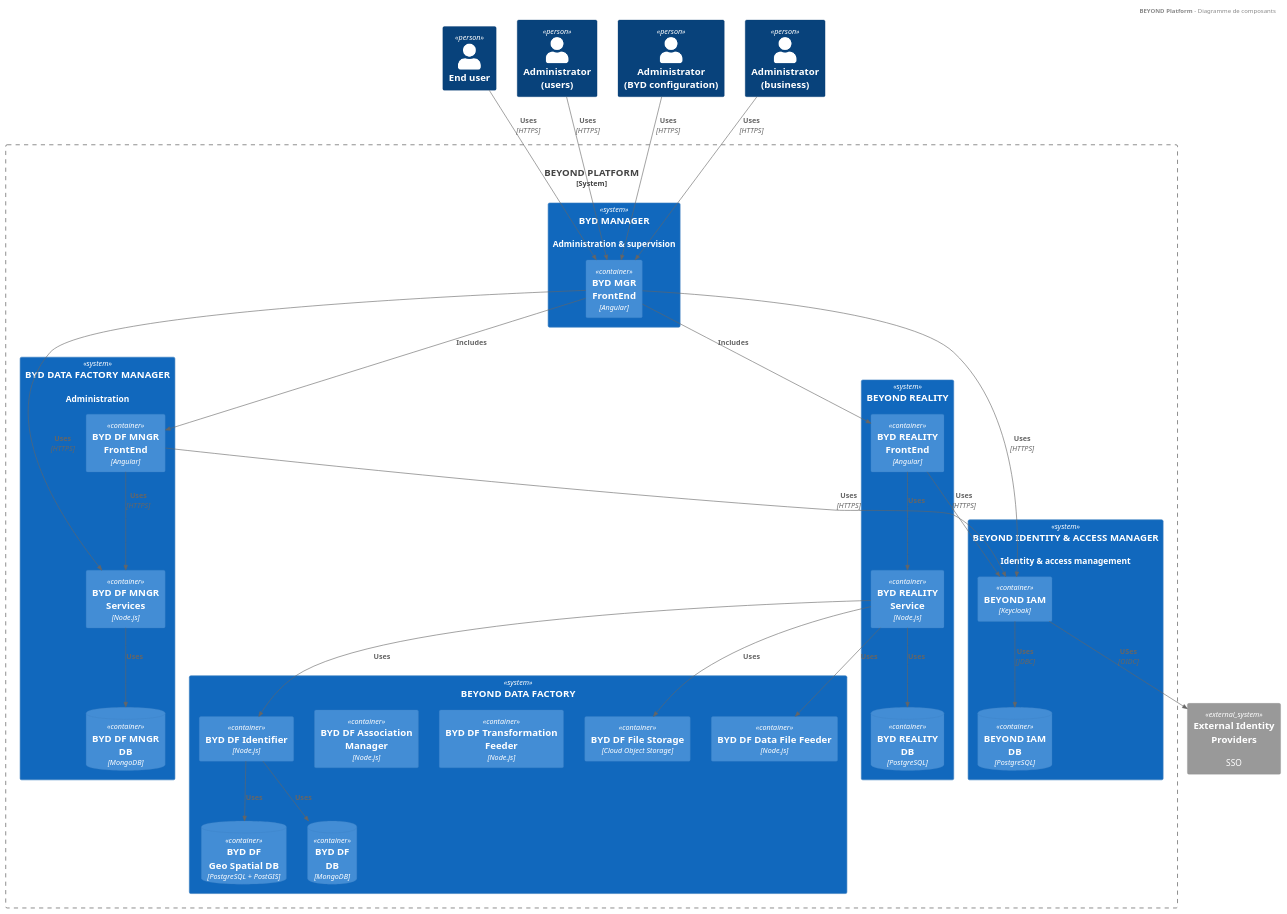
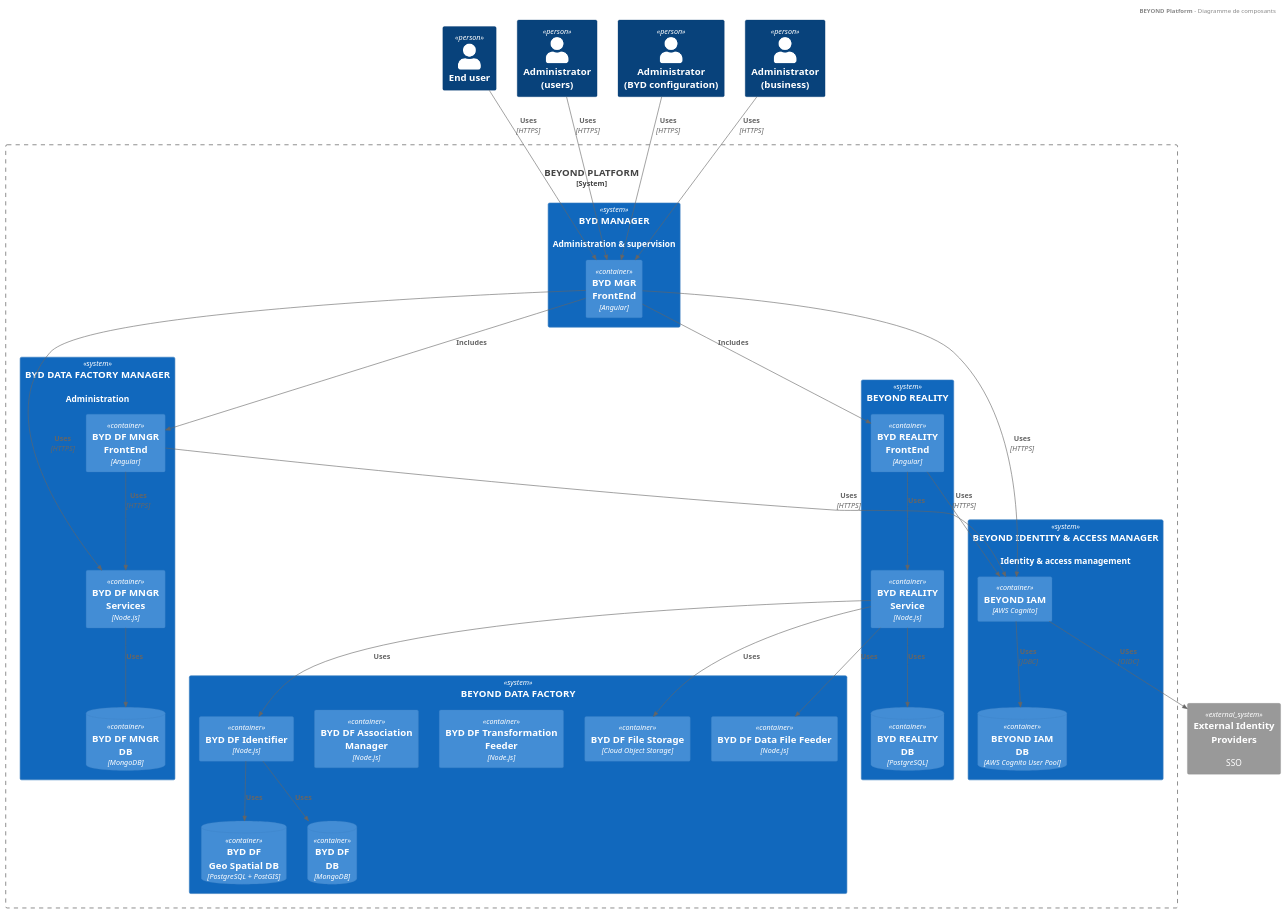
Before and after one commit to cogirep/documentation: the diagram in 02.byd-Platform/1.ArchitectureDossier/tools/diagrams/0400.ComponentModel.Container.wsd, drawn with PlantUML. The commit also changed 1 other file, not shown here.

Commit message:
ajout de cognito dans diagramme container

```diff
--- a/02.byd-Platform/1.ArchitectureDossier/tools/diagrams/0400.ComponentModel.Container.wsd
+++ b/02.byd-Platform/1.ArchitectureDossier/tools/diagrams/0400.ComponentModel.Container.wsd
@@ -1,93 +1,93 @@
 @startuml component-model-containers
 
 header
     <b>BEYOND Platform</b> - Diagramme de composants
 end header
 
 !include /Users/fredericfadda/ffa-dev/C4-PlantUML/C4.puml
 !include /Users/fredericfadda/ffa-dev/C4-PlantUML/C4_Context.puml
 !include /Users/fredericfadda/ffa-dev/C4-PlantUML/C4_Container.puml
 !include /Users/fredericfadda/ffa-dev/C4-PlantUML/C4_Component.puml
 
 Person(EndUSer, "End user")
 Person(AdminIAM, "Administrator\n(users)")
 Person(AdminBYDPTF, "Administrator\n(BYD configuration)")
 Person(AdminDF, "Administrator\n(business)")
 
 
 System_Boundary(BYDPTFM, "BEYOND PLATFORM") {
     System(BYDMGR, "BYD MANAGER", "Administration & supervision"){
         Container(BYDMGRFrontEnd, "BYD MGR\nFrontEnd", "Angular") {
         }
     }
     System(BYDDFMGR, "BYD DATA FACTORY MANAGER", "Administration"){
         Container(BYDDFMGRFrontEnd, "BYD DF MNGR\nFrontEnd", "Angular") {
         }
         Container(BYDDFMGRService, "BYD DF MNGR\nServices", "Node.js") {
         }
          ContainerDb(BYDDFMGRDB, "BYD DF MNGR\nDB", "MongoDB"){
         }
    }
     System(BYDDF, "BEYOND DATA FACTORY"){
         Container(BYDDFDataFeeder, "BYD DF Data File Feeder", "Node.js") {
         }
         Container(BYDDFId, "BYD DF Identifier", "Node.js") {
         }
         Container(BYDDFTransfoFeeder, "BYD DF Transformation Feeder", "Node.js") {
         }
         Container(BYDDFAssoMgr, "BYD DF Association Manager", "Node.js") {
         }
         Container(BYDDFCOS, "BYD DF File Storage", "Cloud Object Storage") {
         }
         ContainerDb(BYDDFDBGEO, "BYD DF\nGeo Spatial DB", "PostgreSQL + PostGIS")
         ContainerDb(BYDDFDB, "BYD DF\nDB", "MongoDB"){
         }
     }
     System(BYDREALITY, "BEYOND REALITY"){
         Container(BYDRTYFrontEnd, "BYD REALITY\nFrontEnd", "Angular") {
         }
         Container(BYDRTYService, "BYD REALITY\nService", "Node.js"){
         }
         ContainerDb(BYDRTYDB, "BYD REALITY\nDB", "PostgreSQL"){
         }
     }
     System(BYDIDP, "BEYOND IDENTITY & ACCESS MANAGER", "Identity & access management"){
-        Container(BYDIAM, "BEYOND IAM", "Keycloak") {
+        Container(BYDIAM, "BEYOND IAM", "AWS Cognito") {
         }
-        ContainerDb(BYDIAMDB, "BEYOND IAM\nDB", "PostgreSQL")
+        ContainerDb(BYDIAMDB, "BEYOND IAM\nDB", "AWS Cognito User Pool")
     }
 
 }
 
 System_Ext(IdP, "External Identity Providers", "SSO")
 
 ' Relations
 ' - with users
 Rel(AdminIAM, BYDMGRFrontEnd, "Uses", "HTTPS")
 Rel(AdminBYDPTF, BYDMGRFrontEnd, "Uses", "HTTPS")
 Rel(AdminDF, BYDMGRFrontEnd, "Uses", "HTTPS")
 Rel(EndUSer, BYDMGRFrontEnd, "Uses", "HTTPS")
 ' - between pages
 Rel(BYDMGRFrontEnd, BYDDFMGRFrontEnd, "Includes")
 Rel(BYDMGRFrontEnd, BYDRTYFrontEnd, "Includes")
 ' - between pages and services
 Rel(BYDMGRFrontEnd, BYDIAM, "Uses", "HTTPS")
 Rel(BYDMGRFrontEnd, BYDDFMGRService, "Uses", "HTTPS")
 Rel(BYDDFMGRFrontEnd, BYDDFMGRService, "Uses", "HTTPS")
 Rel(BYDDFMGRFrontEnd, BYDIAM, "Uses", "HTTPS")
 Rel(BYDRTYFrontEnd, BYDIAM, "Uses", "HTTPS")
 ' - between services
 Rel(BYDRTYFrontEnd, BYDRTYService, "Uses")
 Rel(BYDRTYService, BYDRTYDB, "Uses")
 Rel(BYDRTYService, BYDDFId, "Uses")
 Rel(BYDRTYService, BYDDFDataFeeder, "Uses")
 ' - between services and containers
 Rel(BYDDFId, BYDDFDB, "Uses")
 Rel(BYDDFId, BYDDFDBGEO, "Uses")
 Rel(BYDDFMGRService, BYDDFMGRDB, "Uses")
 Rel(BYDRTYService, BYDDFCOS, "Uses")
 Rel(BYDIAM, BYDIAMDB, "Uses", "JDBC")
 ' - between services and systems
 Rel(BYDIAM, IdP, "USes", "OIDC")
 
 @enduml
```
